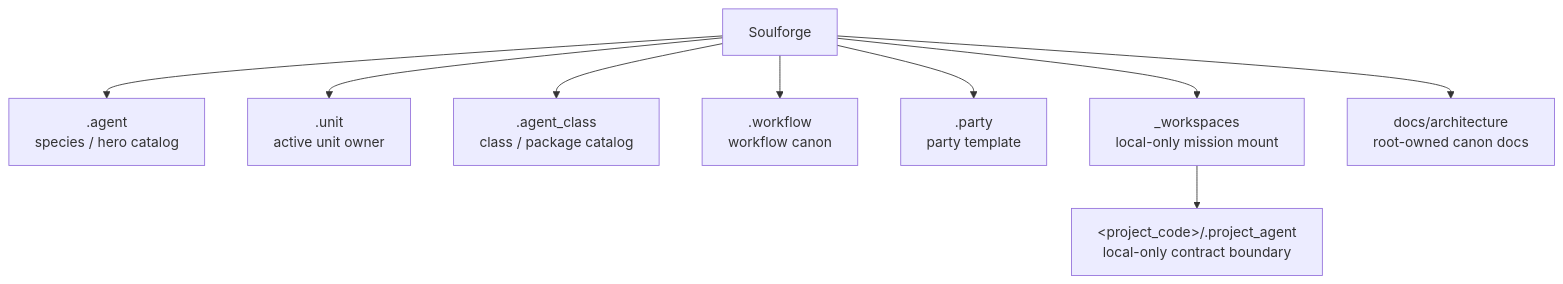
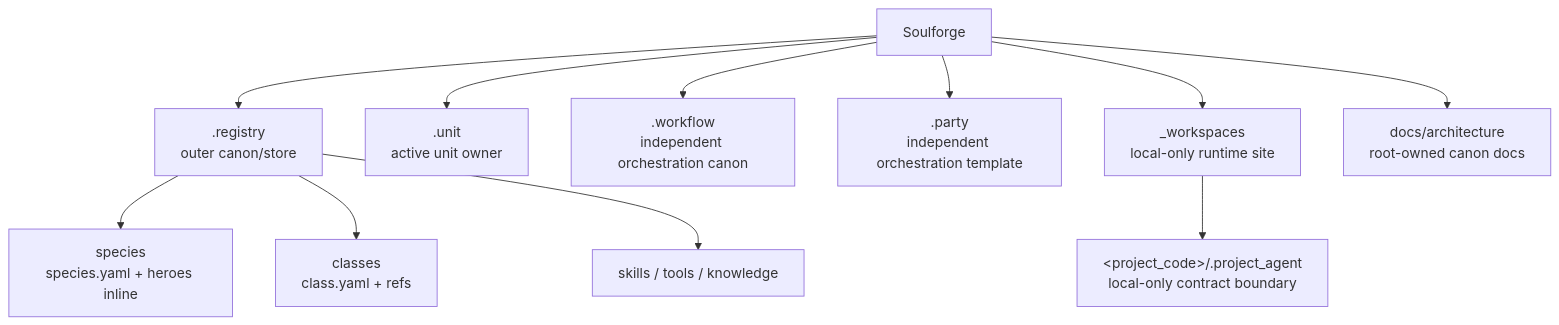
The diagram in docs/architecture/foundation/REPOSITORY_PURPOSE.md (SungYongMOON/soulforge), drawn with Mermaid before and after one commit. The commit also changed other lines of this file and 70 other files, not shown here.

Commit message:
arch: registry cutover with schema and minimal samples

````diff
--- a/docs/architecture/foundation/REPOSITORY_PURPOSE.md
+++ b/docs/architecture/foundation/REPOSITORY_PURPOSE.md
@@ -19,11 +18,13 @@
 ```mermaid
 flowchart TD
-  S["Soulforge"] --> A[".agent<br/>species / hero catalog"]
+  S["Soulforge"] --> R[".registry<br/>outer canon/store"]
+  R --> RS["species<br/>species.yaml + heroes inline"]
+  R --> RC["classes<br/>class.yaml + refs"]
+  R --> RR["skills / tools / knowledge"]
   S --> U[".unit<br/>active unit owner"]
-  S --> C[".agent_class<br/>class / package catalog"]
-  S --> W[".workflow<br/>workflow canon"]
-  S --> P[".party<br/>party template"]
-  S --> M["_workspaces<br/>local-only mission mount"]
+  S --> W[".workflow<br/>independent orchestration canon"]
+  S --> P[".party<br/>independent orchestration template"]
+  S --> M["_workspaces<br/>local-only runtime site"]
   M --> PA["&lt;project_code&gt;/.project_agent<br/>local-only contract boundary"]
   S --> D["docs/architecture<br/>root-owned canon docs"]
 ```
````
